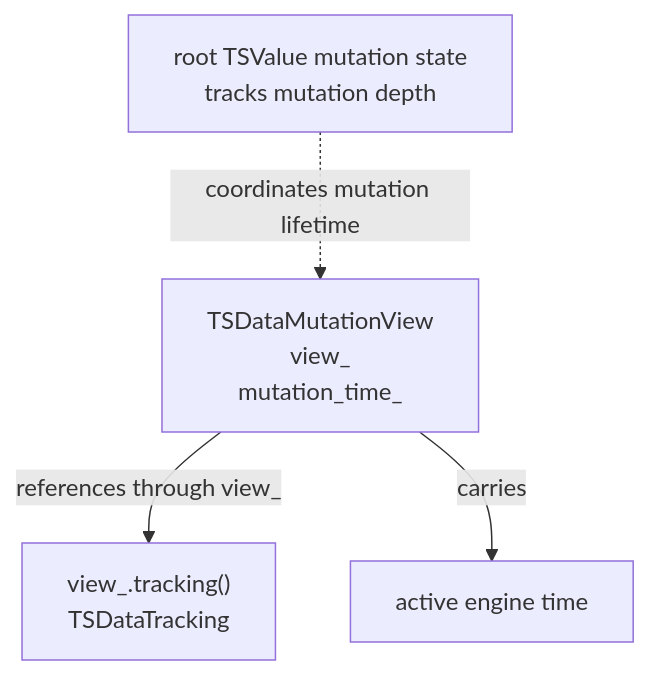
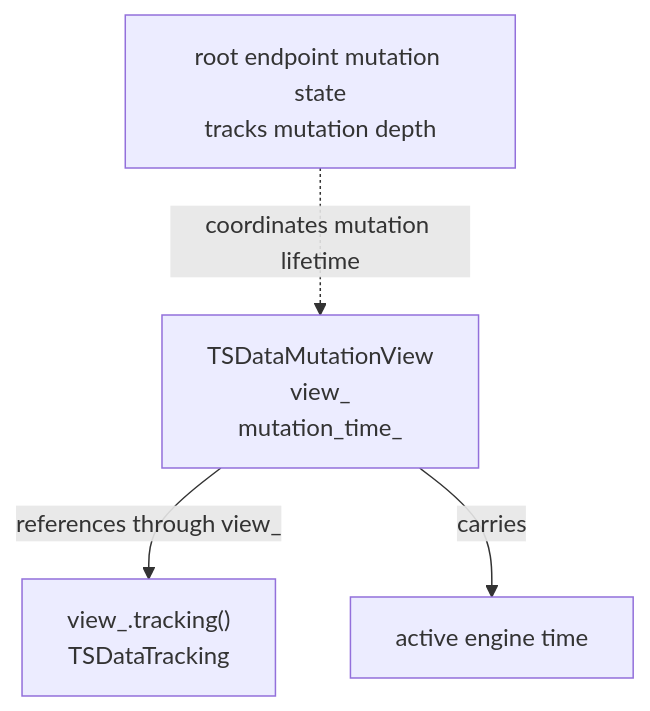
Before and after one commit to hhenson/hg_cpp: the sixth of 8 diagrams in docs/source/developer_guide/data_structures/plans_and_ops/time_series.rst, drawn with Mermaid. The commit also changed other lines of this file and 3 other files, not shown here.

```diff
--- a/docs/source/developer_guide/data_structures/plans_and_ops/time_series.rst
+++ b/docs/source/developer_guide/data_structures/plans_and_ops/time_series.rst
@@ -510,11 +517,11 @@
 .. mermaid::
 
    flowchart TD
       Mutation["TSDataMutationView<br/>view_<br/>mutation_time_"]
       Tracking["view_.tracking()<br/>TSDataTracking"]
       EngineTime["active engine time"]
-      Root["root TSValue mutation state<br/>tracks mutation depth"]
+      Root["root endpoint mutation state<br/>tracks mutation depth"]
 
       Mutation -->|references through view_| Tracking
       Mutation -->|carries| EngineTime
       Root -.coordinates mutation lifetime.-> Mutation
```
